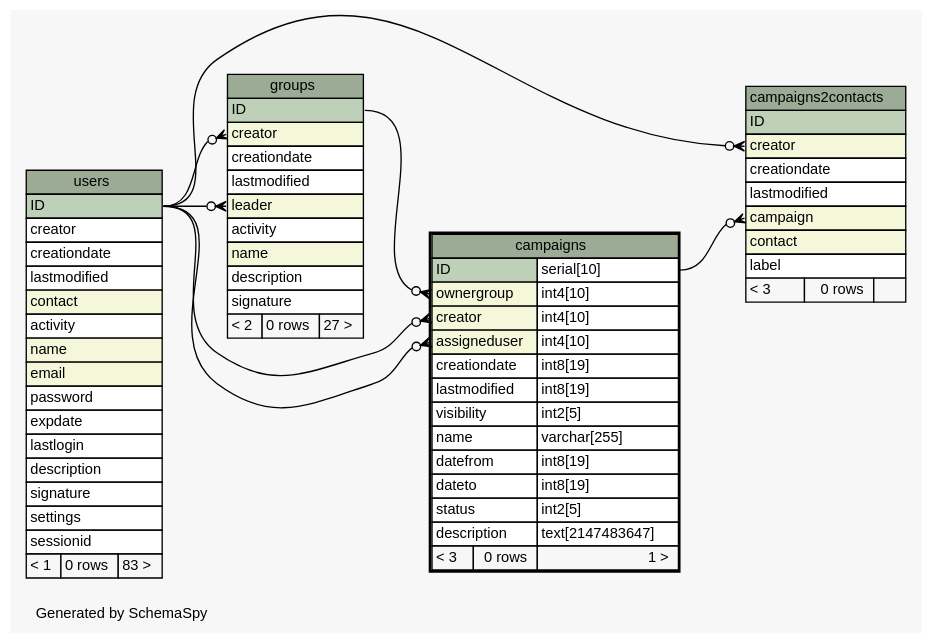
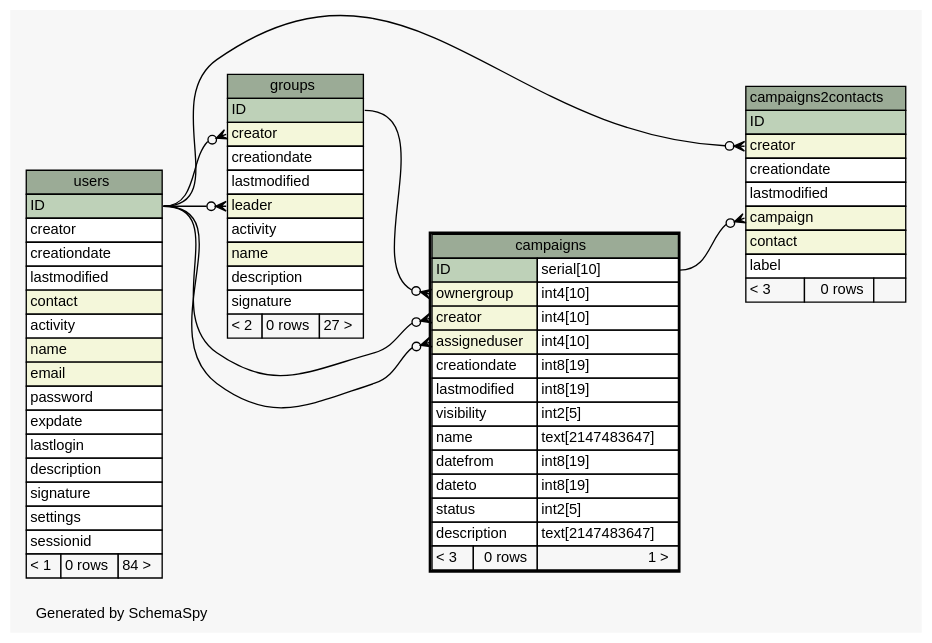
Before and after one commit to zeyosinc/zeyos-schema: the diagram in diagrams/campaigns.1degree.dot, drawn with Graphviz. The commit also changed 291 other files, not shown here.

```diff
--- a/diagrams/campaigns.1degree.dot
+++ b/diagrams/campaigns.1degree.dot
@@ -1,108 +1,108 @@
 // dot 2.38.0 on Windows 8.1 6.3
 // SchemaSpy rev 590
 digraph "oneDegreeRelationshipsDiagram" {
   graph [
     rankdir="RL"
     bgcolor="#f7f7f7"
     label="\nGenerated by SchemaSpy"
     labeljust="l"
     nodesep="0.18"
     ranksep="0.46"
     fontname="Helvetica"
     fontsize="11"
   ];
   node [
     fontname="Helvetica"
     fontsize="11"
     shape="plaintext"
   ];
   edge [
     arrowsize="0.8"
   ];
   "campaigns":"assigneduser":w -> "users":"ID":e [arrowhead=none dir=back arrowtail=crowodot];
   "campaigns":"creator":w -> "users":"ID":e [arrowhead=none dir=back arrowtail=crowodot];
   "campaigns":"ownergroup":w -> "groups":"ID":e [arrowhead=none dir=back arrowtail=crowodot];
   "campaigns2contacts":"campaign":w -> "campaigns":"ID.type":e [arrowhead=none dir=back arrowtail=crowodot];
   "campaigns2contacts":"creator":w -> "users":"ID":e [arrowhead=none dir=back arrowtail=crowodot];
   "groups":"creator":w -> "users":"ID":e [arrowhead=none dir=back arrowtail=crowodot];
   "groups":"leader":w -> "users":"ID":e [arrowhead=none dir=back arrowtail=crowodot];
   "campaigns" [
     label=<
     <TABLE BORDER="2" CELLBORDER="1" CELLSPACING="0" BGCOLOR="#ffffff">
       <TR><TD COLSPAN="3" BGCOLOR="#9bab96" ALIGN="CENTER">campaigns</TD></TR>
       <TR><TD PORT="ID" COLSPAN="2" BGCOLOR="#bed1b8" ALIGN="LEFT">ID</TD><TD PORT="ID.type" ALIGN="LEFT">serial[10]</TD></TR>
       <TR><TD PORT="ownergroup" COLSPAN="2" BGCOLOR="#f4f7da" ALIGN="LEFT">ownergroup</TD><TD PORT="ownergroup.type" ALIGN="LEFT">int4[10]</TD></TR>
       <TR><TD PORT="creator" COLSPAN="2" BGCOLOR="#f4f7da" ALIGN="LEFT">creator</TD><TD PORT="creator.type" ALIGN="LEFT">int4[10]</TD></TR>
       <TR><TD PORT="assigneduser" COLSPAN="2" BGCOLOR="#f4f7da" ALIGN="LEFT">assigneduser</TD><TD PORT="assigneduser.type" ALIGN="LEFT">int4[10]</TD></TR>
       <TR><TD PORT="creationdate" COLSPAN="2" ALIGN="LEFT">creationdate</TD><TD PORT="creationdate.type" ALIGN="LEFT">int8[19]</TD></TR>
       <TR><TD PORT="lastmodified" COLSPAN="2" ALIGN="LEFT">lastmodified</TD><TD PORT="lastmodified.type" ALIGN="LEFT">int8[19]</TD></TR>
       <TR><TD PORT="visibility" COLSPAN="2" ALIGN="LEFT">visibility</TD><TD PORT="visibility.type" ALIGN="LEFT">int2[5]</TD></TR>
-      <TR><TD PORT="name" COLSPAN="2" ALIGN="LEFT">name</TD><TD PORT="name.type" ALIGN="LEFT">varchar[255]</TD></TR>
+      <TR><TD PORT="name" COLSPAN="2" ALIGN="LEFT">name</TD><TD PORT="name.type" ALIGN="LEFT">text[2147483647]</TD></TR>
       <TR><TD PORT="datefrom" COLSPAN="2" ALIGN="LEFT">datefrom</TD><TD PORT="datefrom.type" ALIGN="LEFT">int8[19]</TD></TR>
       <TR><TD PORT="dateto" COLSPAN="2" ALIGN="LEFT">dateto</TD><TD PORT="dateto.type" ALIGN="LEFT">int8[19]</TD></TR>
       <TR><TD PORT="status" COLSPAN="2" ALIGN="LEFT">status</TD><TD PORT="status.type" ALIGN="LEFT">int2[5]</TD></TR>
       <TR><TD PORT="description" COLSPAN="2" ALIGN="LEFT">description</TD><TD PORT="description.type" ALIGN="LEFT">text[2147483647]</TD></TR>
       <TR><TD ALIGN="LEFT" BGCOLOR="#f7f7f7">&lt; 3</TD><TD ALIGN="RIGHT" BGCOLOR="#f7f7f7">0 rows</TD><TD ALIGN="RIGHT" BGCOLOR="#f7f7f7">1 &gt;</TD></TR>
     </TABLE>>
     URL="campaigns.html"
     tooltip="campaigns"
   ];
   "campaigns2contacts" [
     label=<
     <TABLE BORDER="0" CELLBORDER="1" CELLSPACING="0" BGCOLOR="#ffffff">
       <TR><TD COLSPAN="3" BGCOLOR="#9bab96" ALIGN="CENTER">campaigns2contacts</TD></TR>
       <TR><TD PORT="ID" COLSPAN="3" BGCOLOR="#bed1b8" ALIGN="LEFT">ID</TD></TR>
       <TR><TD PORT="creator" COLSPAN="3" BGCOLOR="#f4f7da" ALIGN="LEFT">creator</TD></TR>
       <TR><TD PORT="creationdate" COLSPAN="3" ALIGN="LEFT">creationdate</TD></TR>
       <TR><TD PORT="lastmodified" COLSPAN="3" ALIGN="LEFT">lastmodified</TD></TR>
       <TR><TD PORT="campaign" COLSPAN="3" BGCOLOR="#f4f7da" ALIGN="LEFT">campaign</TD></TR>
       <TR><TD PORT="contact" COLSPAN="3" BGCOLOR="#f4f7da" ALIGN="LEFT">contact</TD></TR>
       <TR><TD PORT="label" COLSPAN="3" ALIGN="LEFT">label</TD></TR>
       <TR><TD ALIGN="LEFT" BGCOLOR="#f7f7f7">&lt; 3</TD><TD ALIGN="RIGHT" BGCOLOR="#f7f7f7">0 rows</TD><TD ALIGN="RIGHT" BGCOLOR="#f7f7f7">  </TD></TR>
     </TABLE>>
     URL="campaigns2contacts.html"
     tooltip="campaigns2contacts"
   ];
   "groups" [
     label=<
     <TABLE BORDER="0" CELLBORDER="1" CELLSPACING="0" BGCOLOR="#ffffff">
       <TR><TD COLSPAN="3" BGCOLOR="#9bab96" ALIGN="CENTER">groups</TD></TR>
       <TR><TD PORT="ID" COLSPAN="3" BGCOLOR="#bed1b8" ALIGN="LEFT">ID</TD></TR>
       <TR><TD PORT="creator" COLSPAN="3" BGCOLOR="#f4f7da" ALIGN="LEFT">creator</TD></TR>
       <TR><TD PORT="creationdate" COLSPAN="3" ALIGN="LEFT">creationdate</TD></TR>
       <TR><TD PORT="lastmodified" COLSPAN="3" ALIGN="LEFT">lastmodified</TD></TR>
       <TR><TD PORT="leader" COLSPAN="3" BGCOLOR="#f4f7da" ALIGN="LEFT">leader</TD></TR>
       <TR><TD PORT="activity" COLSPAN="3" ALIGN="LEFT">activity</TD></TR>
       <TR><TD PORT="name" COLSPAN="3" BGCOLOR="#f4f7da" ALIGN="LEFT">name</TD></TR>
       <TR><TD PORT="description" COLSPAN="3" ALIGN="LEFT">description</TD></TR>
       <TR><TD PORT="signature" COLSPAN="3" ALIGN="LEFT">signature</TD></TR>
       <TR><TD ALIGN="LEFT" BGCOLOR="#f7f7f7">&lt; 2</TD><TD ALIGN="RIGHT" BGCOLOR="#f7f7f7">0 rows</TD><TD ALIGN="RIGHT" BGCOLOR="#f7f7f7">27 &gt;</TD></TR>
     </TABLE>>
     URL="groups.html"
     tooltip="groups"
   ];
   "users" [
     label=<
     <TABLE BORDER="0" CELLBORDER="1" CELLSPACING="0" BGCOLOR="#ffffff">
       <TR><TD COLSPAN="3" BGCOLOR="#9bab96" ALIGN="CENTER">users</TD></TR>
       <TR><TD PORT="ID" COLSPAN="3" BGCOLOR="#bed1b8" ALIGN="LEFT">ID</TD></TR>
       <TR><TD PORT="creator" COLSPAN="3" ALIGN="LEFT">creator</TD></TR>
       <TR><TD PORT="creationdate" COLSPAN="3" ALIGN="LEFT">creationdate</TD></TR>
       <TR><TD PORT="lastmodified" COLSPAN="3" ALIGN="LEFT">lastmodified</TD></TR>
       <TR><TD PORT="contact" COLSPAN="3" BGCOLOR="#f4f7da" ALIGN="LEFT">contact</TD></TR>
       <TR><TD PORT="activity" COLSPAN="3" ALIGN="LEFT">activity</TD></TR>
       <TR><TD PORT="name" COLSPAN="3" BGCOLOR="#f4f7da" ALIGN="LEFT">name</TD></TR>
       <TR><TD PORT="email" COLSPAN="3" BGCOLOR="#f4f7da" ALIGN="LEFT">email</TD></TR>
       <TR><TD PORT="password" COLSPAN="3" ALIGN="LEFT">password</TD></TR>
       <TR><TD PORT="expdate" COLSPAN="3" ALIGN="LEFT">expdate</TD></TR>
       <TR><TD PORT="lastlogin" COLSPAN="3" ALIGN="LEFT">lastlogin</TD></TR>
       <TR><TD PORT="description" COLSPAN="3" ALIGN="LEFT">description</TD></TR>
       <TR><TD PORT="signature" COLSPAN="3" ALIGN="LEFT">signature</TD></TR>
       <TR><TD PORT="settings" COLSPAN="3" ALIGN="LEFT">settings</TD></TR>
       <TR><TD PORT="sessionid" COLSPAN="3" ALIGN="LEFT">sessionid</TD></TR>
-      <TR><TD ALIGN="LEFT" BGCOLOR="#f7f7f7">&lt; 1</TD><TD ALIGN="RIGHT" BGCOLOR="#f7f7f7">0 rows</TD><TD ALIGN="RIGHT" BGCOLOR="#f7f7f7">83 &gt;</TD></TR>
+      <TR><TD ALIGN="LEFT" BGCOLOR="#f7f7f7">&lt; 1</TD><TD ALIGN="RIGHT" BGCOLOR="#f7f7f7">0 rows</TD><TD ALIGN="RIGHT" BGCOLOR="#f7f7f7">84 &gt;</TD></TR>
     </TABLE>>
     URL="users.html"
     tooltip="users"
   ];
 }
```
